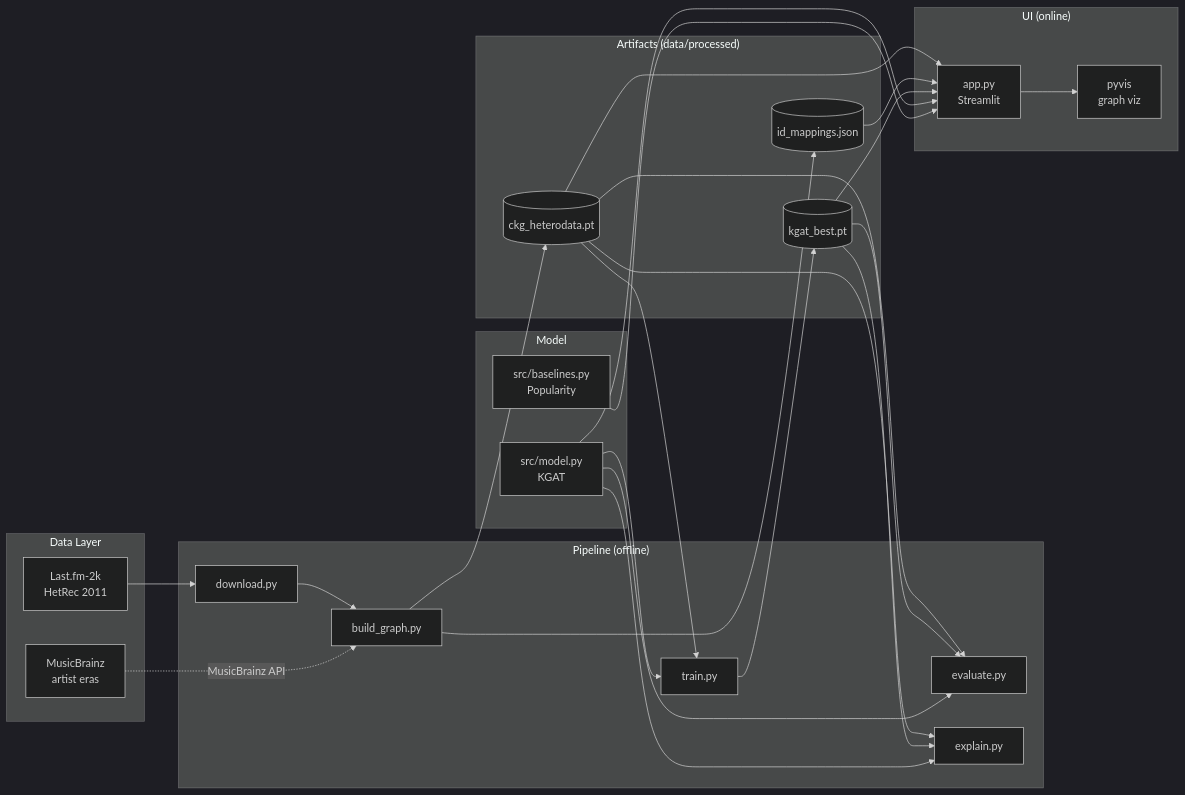
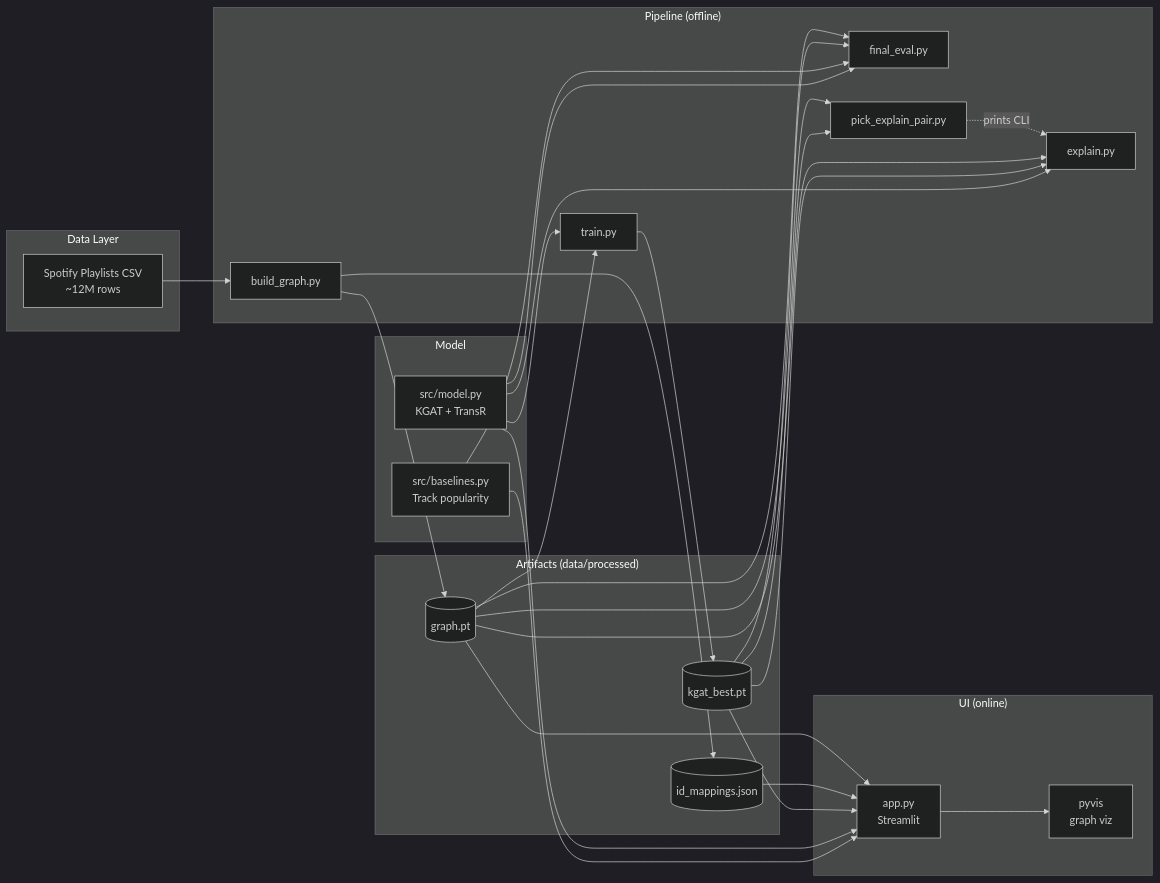
One commit to ogligorov/kgat-music-recommender changed the first of 10 diagrams in docs/architecture.md. Above: the diagram before and after it, drawn with Mermaid (dark theme). The commit also changed other lines of this file and 10 other files, not shown here.

````diff
--- a/docs/architecture.md
+++ b/docs/architecture.md
@@ -19,50 +17,52 @@
 ```mermaid
 flowchart LR
     subgraph "Data Layer"
-        A1[Last.fm-2k<br/>HetRec 2011]
-        A2[MusicBrainz<br/>artist eras]
+        A1[Spotify Playlists CSV<br/>~12M rows]
     end
 
     subgraph "Pipeline (offline)"
-        B1[download.py]
-        B2[build_graph.py]
-        B3[train.py]
-        B4[evaluate.py]
+        B1[build_graph.py]
+        B2[train.py]
+        B3[final_eval.py]
+        B4[pick_explain_pair.py]
         B5[explain.py]
     end
 
     subgraph "Artifacts (data/processed)"
-        C1[(ckg_heterodata.pt)]
+        C1[(graph.pt)]
         C2[(id_mappings.json)]
         C3[(kgat_best.pt)]
     end
 
     subgraph "Model"
-        D1[src/model.py<br/>KGAT]
-        D2[src/baselines.py<br/>Popularity]
+        D1[src/model.py<br/>KGAT + TransR]
+        D2[src/baselines.py<br/>Track popularity]
     end
 
     subgraph "UI (online)"
         E1[app.py<br/>Streamlit]
         E2[pyvis<br/>graph viz]
     end
 
-    A1 --> B1 --> B2
-    A2 -.MusicBrainz API.-> B2
-    B2 --> C1
-    B2 --> C2
-    C1 --> B3 --> C3
+    A1 --> B1
+    B1 --> C1
+    B1 --> C2
+    C1 --> B2 --> C3
+    C1 --> B3
+    C3 --> B3
+    D2 --> B3
     C1 --> B4
     C3 --> B4
+    B4 -.prints CLI.-> B5
     C1 --> B5
     C3 --> B5
+    D1 --> B2
     D1 --> B3
-    D1 --> B4
     D1 --> B5
     C1 --> E1
     C2 --> E1
     C3 --> E1
     D1 --> E1
     D2 --> E1
     E1 --> E2
 ```
````
